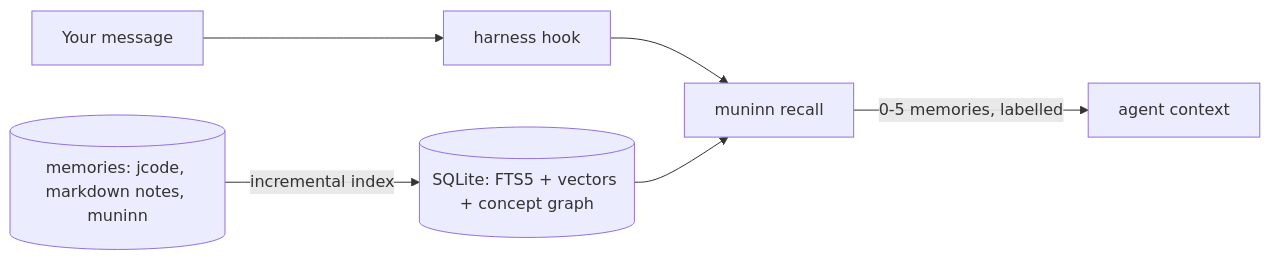
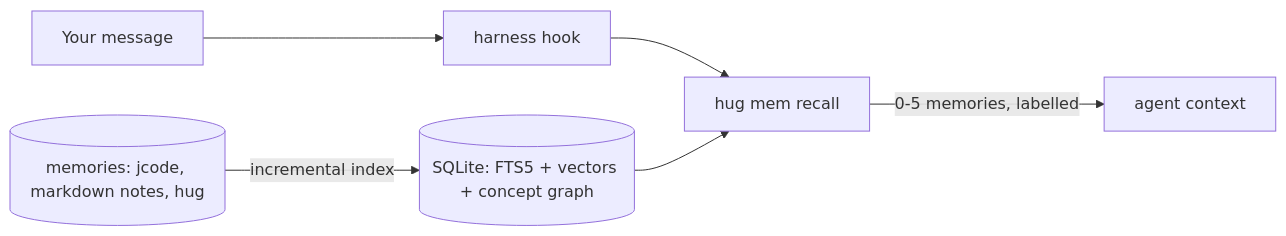
One commit to veridit/hug changed the diagram in muninn/README.md. Above: the diagram before and after it, drawn with Mermaid. The commit also changed other lines of this file and 17 other files, not shown here.

````diff
--- a/muninn/README.md
+++ b/muninn/README.md
@@ -263,8 +254,8 @@
 ```mermaid
 flowchart LR
     U[Your message] --> H[harness hook]
-    H --> M[muninn recall]
-    S[(memories: jcode, markdown notes, muninn)] -->|incremental index| DB[(SQLite: FTS5 + vectors + concept graph)]
+    H --> M[hug mem recall]
+    S[(memories: jcode, markdown notes, hug)] -->|incremental index| DB[(SQLite: FTS5 + vectors + concept graph)]
     DB --> M
     M -->|0-5 memories, labelled| C[agent context]
 ```
````
